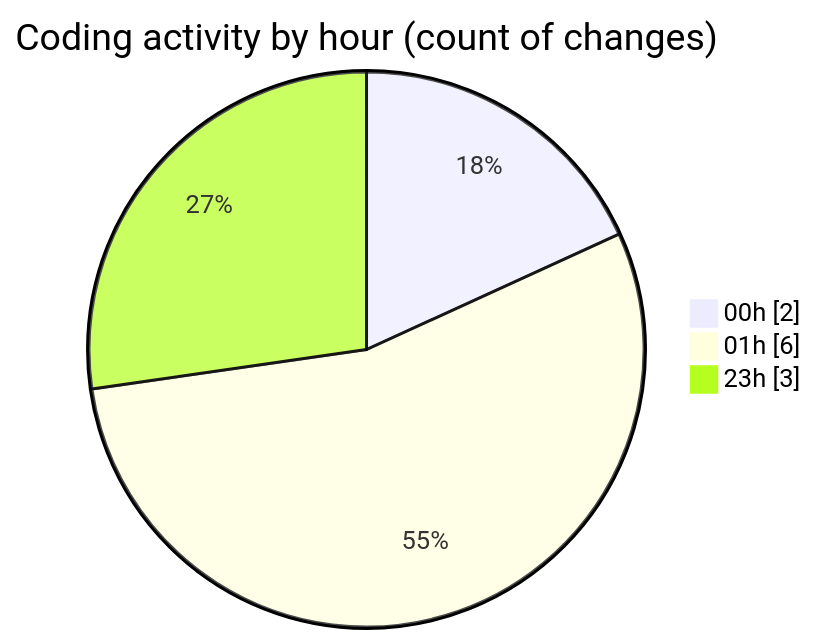
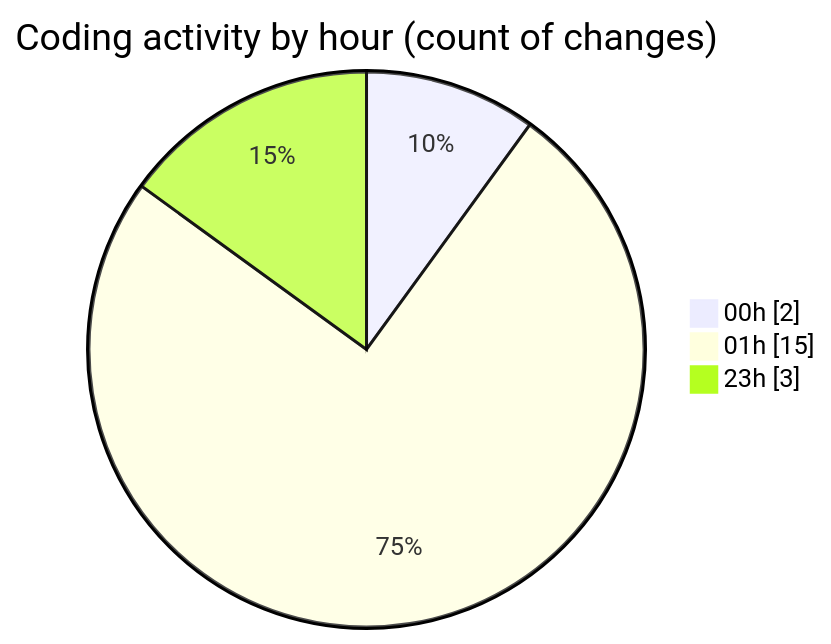
Before and after one commit to lephambinh05/code-tracking: the second of 2 diagrams in 2025-07-16/nhahang/README.md, drawn with Mermaid. The commit also changed other lines of this file and 1 other file, not shown here.

````diff
--- a/2025-07-16/nhahang/README.md
+++ b/2025-07-16/nhahang/README.md
@@ -36,7 +40,7 @@
 ```mermaid
 pie showData
 title Coding activity by hour (count of changes)
 "00h" : 2
-"01h" : 6
+"01h" : 15
 "23h" : 3
 ```
````
